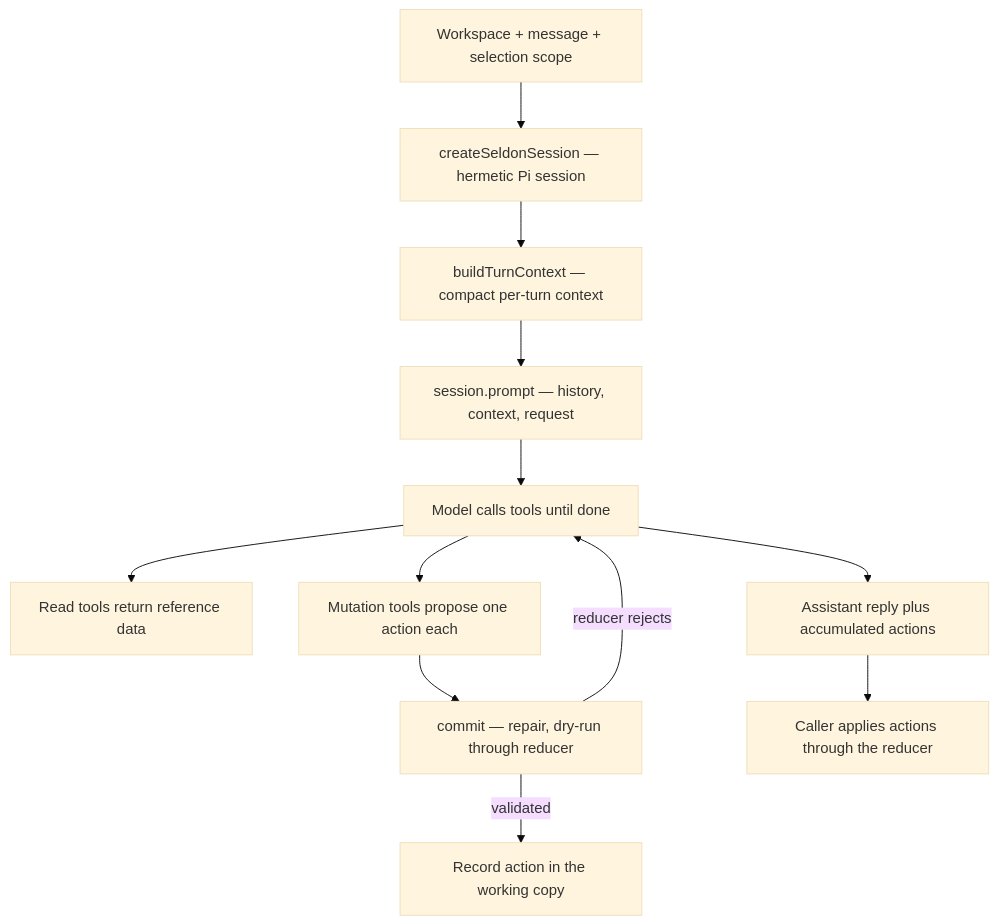
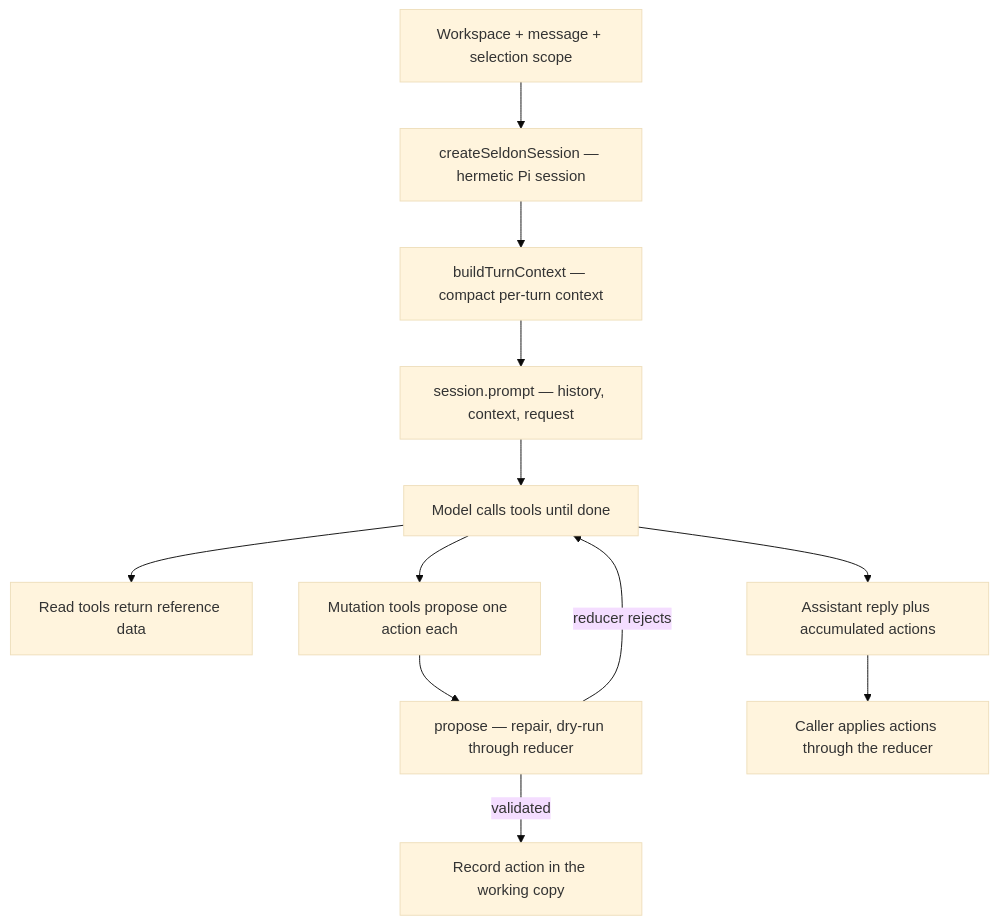
One commit to SeldonDigital/seldon changed the diagram in packages/ai/README.md. Above: the diagram before and after it, drawn with Mermaid (base theme). The commit also changed other lines of this file and 133 other files, not shown here.

````diff
--- a/packages/ai/README.md
+++ b/packages/ai/README.md
@@ -150,14 +155,14 @@
 ```mermaid
 flowchart TD
   request[Workspace + message + selection scope] --> session[createSeldonSession — hermetic Pi session]
   session --> context[buildTurnContext — compact per-turn context]
   context --> prompt[session.prompt — history, context, request]
   prompt --> loop[Model calls tools until done]
   loop --> read[Read tools return reference data]
   loop --> mutate[Mutation tools propose one action each]
-  mutate --> commit[commit — repair, dry-run through reducer]
-  commit -->|reducer rejects| loop
-  commit -->|validated| accumulate[Record action in the working copy]
+  mutate --> propose[propose — repair, dry-run through reducer]
+  propose -->|reducer rejects| loop
+  propose -->|validated| accumulate[Record action in the working copy]
   loop --> reply[Assistant reply plus accumulated actions]
   reply --> caller[Caller applies actions through the reducer]
 ```
````
